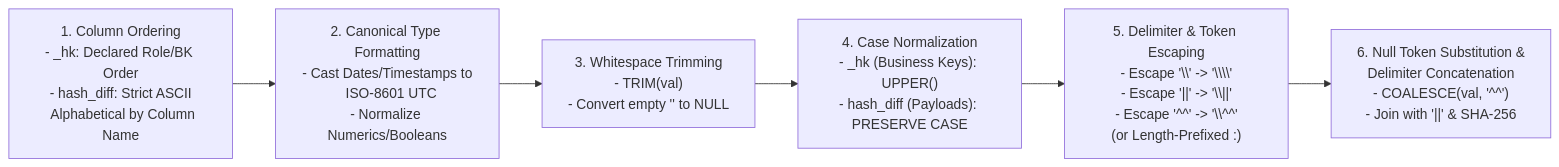
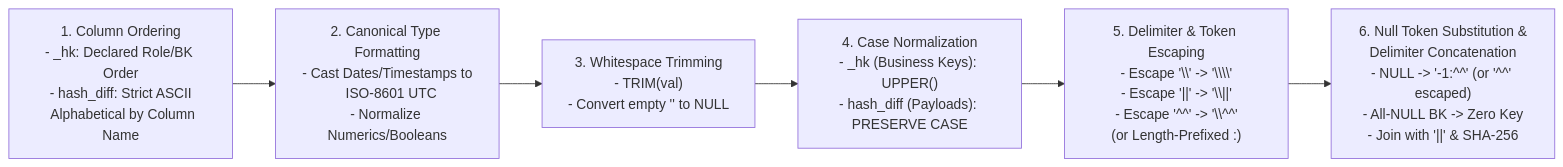
The fourth of 5 diagrams in docs/01-core-modelling-spec.md (nogoo9/open-dv), drawn with Mermaid before and after one commit. The commit also changed other lines of this file and 8 other files, not shown here.

````diff
--- a/docs/01-core-modelling-spec.md
+++ b/docs/01-core-modelling-spec.md
@@ -706,8 +706,8 @@
 ```mermaid
 flowchart LR
     S1["1. Column Ordering\n- _hk: Declared Role/BK Order\n- hash_diff: Strict ASCII\n  Alphabetical by Column Name"] --> S2["2. Canonical Type Formatting\n- Cast Dates/Timestamps to\n  ISO-8601 UTC\n- Normalize Numerics/Booleans"]
     S2 --> S3["3. Whitespace Trimming\n- TRIM(val)\n- Convert empty '' to NULL"]
     S3 --> S4["4. Case Normalization\n- _hk (Business Keys): UPPER()\n- hash_diff (Payloads): PRESERVE CASE"]
     S4 --> S5["5. Delimiter & Token Escaping\n- Escape '\\' -> '\\\\'\n- Escape '||' -> '\\||'\n- Escape '^^' -> '\\^^'\n(or Length-Prefixed <len>:<val>)"]
-    S5 --> S6["6. Null Token Substitution &\nDelimiter Concatenation\n- COALESCE(val, '^^')\n- Join with '||' & SHA-256"]
+    S5 --> S6["6. Null Token Substitution &\nDelimiter Concatenation\n- NULL -> '-1:^^' (or '^^' escaped)\n- All-NULL BK -> Zero Key\n- Join with '||' & SHA-256"]
 ```
````
